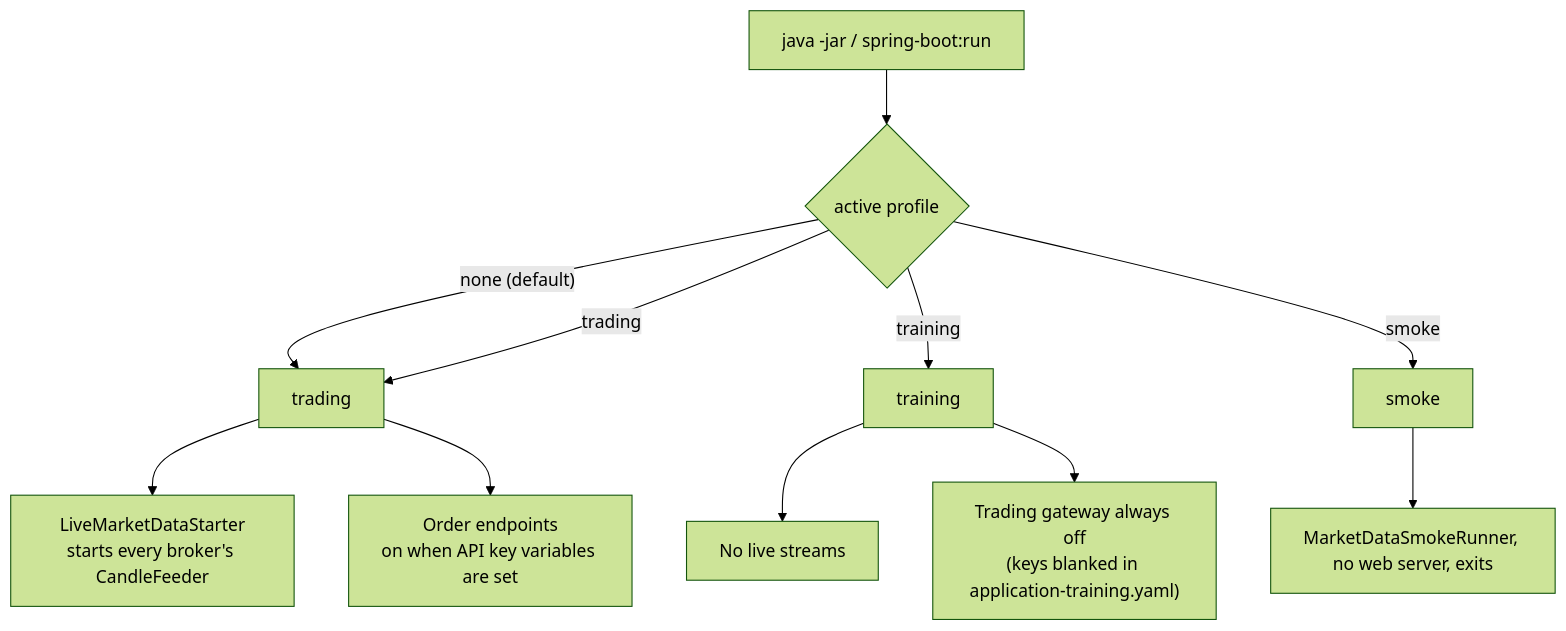
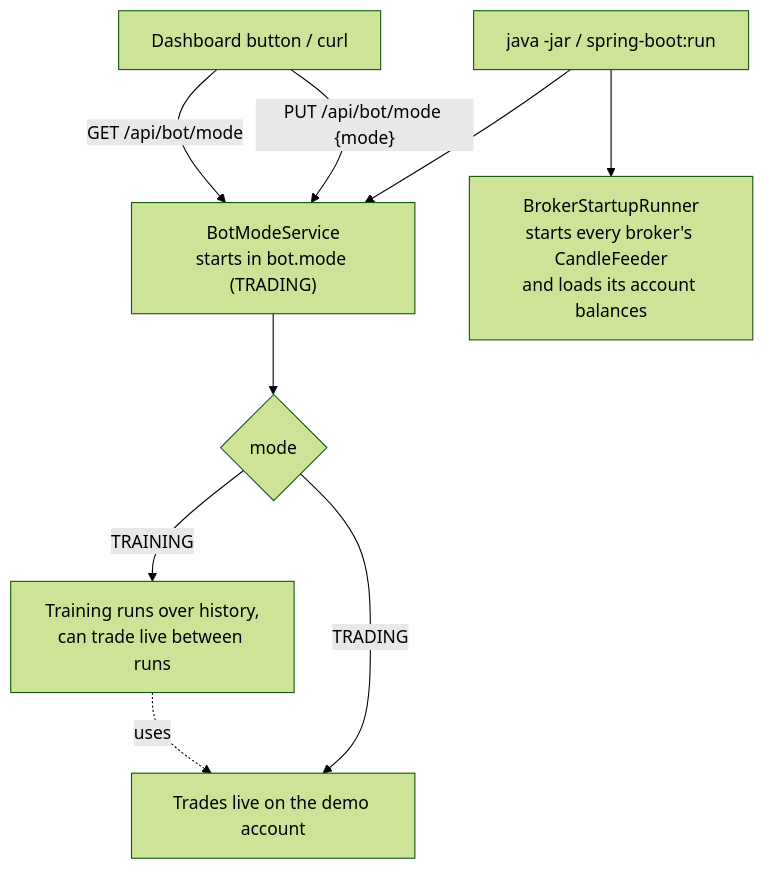
Before and after one commit to ShadowOfDiablo/t212-coding-task: diagram 17 of 20 in docs/ARCHITECTURE.md, drawn with Mermaid (forest theme). The commit also changed other lines of this file and 35 other files, not shown here.

First line of the commit message:
Address review: balance DTO, request signer, gateway bean, runtime bot mode, balance cache

````diff
--- a/docs/ARCHITECTURE.md
+++ b/docs/ARCHITECTURE.md
@@ -566,14 +598,11 @@
 ```mermaid
 flowchart TD
-    Start["java -jar / spring-boot:run"] --> P{"active profile"}
-    P -- "none (default)" --> T["trading"]
-    P -- trading --> T
-    P -- training --> Tr["training"]
-    P -- smoke --> S["smoke"]
-
-    T --> T1["LiveMarketDataStarter<br/>starts every broker's CandleFeeder"]
-    T --> T2["Order endpoints<br/>on when API key variables are set"]
-    Tr --> Tr1["No live streams"]
-    Tr --> Tr2["Trading gateway always off<br/>(keys blanked in application-training.yaml)"]
-    S --> S1["MarketDataSmokeRunner, no web server, exits"]
+    Start["java -jar / spring-boot:run"] --> Init["BotModeService<br/>starts in bot.mode (TRADING)"]
+    Start --> Live["BrokerStartupRunner<br/>starts every broker's CandleFeeder<br/>and loads its account balances"]
+    Ui["Dashboard button / curl"] -- "PUT /api/bot/mode {mode}" --> Init
+    Ui -- "GET /api/bot/mode" --> Init
+    Init --> Mode{"mode"}
+    Mode -- TRADING --> T["Trades live on the demo account"]
+    Mode -- TRAINING --> Tr["Training runs over history,<br/>can trade live between runs"]
+    Tr -. uses .-> T
 ```
````
